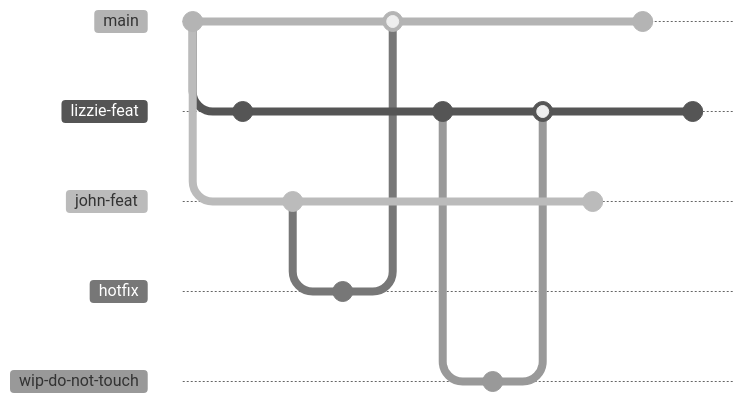
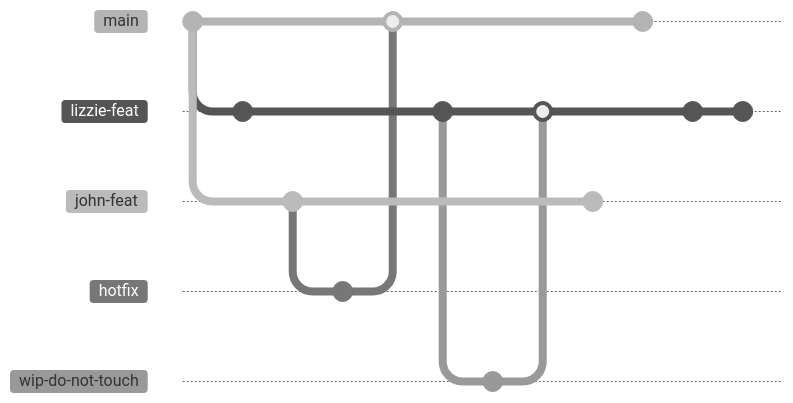
The second of 5 diagrams in slides.md (lizsalmon/iCSC-Git-talk), drawn with Mermaid (neutral theme) before and after one commit. The commit also changed other lines of this file and 2 other files, not shown here. Commit ids are hidden.

````diff
--- a/slides.md
+++ b/slides.md
@@ -80,28 +79,29 @@
 ```mermaid
 gitGraph
   commit
   branch lizzie-feat
   branch john-feat
   checkout lizzie-feat
   commit
   checkout john-feat
   commit
   branch hotfix
   checkout hotfix
   commit
   checkout main
   merge hotfix
   checkout lizzie-feat
   commit
   branch wip-do-not-touch
   checkout wip-do-not-touch
   commit
   checkout lizzie-feat
   merge wip-do-not-touch
   checkout john-feat
   commit
   checkout main
   commit
   checkout lizzie-feat
   commit
+  commit 
 ```
````
